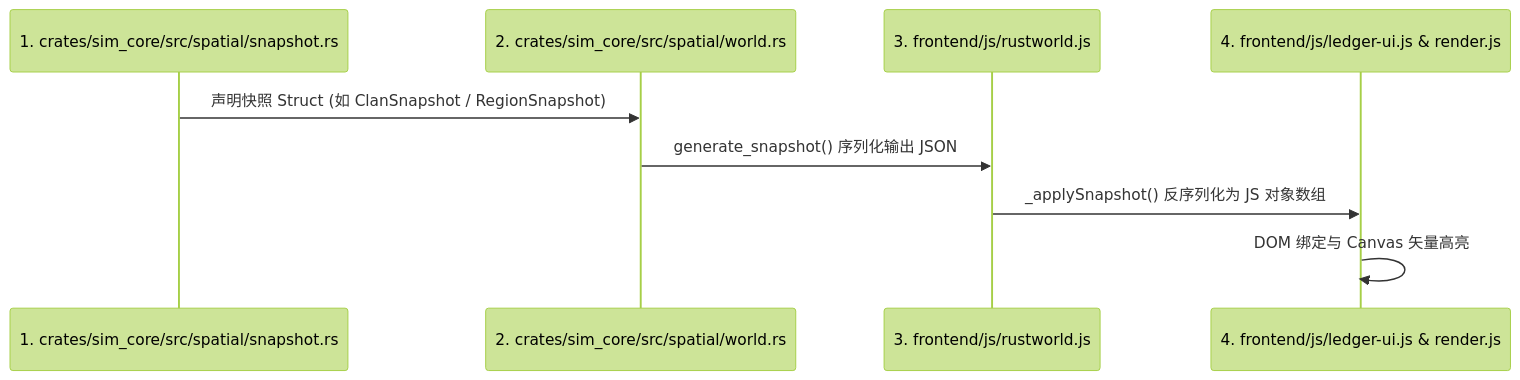
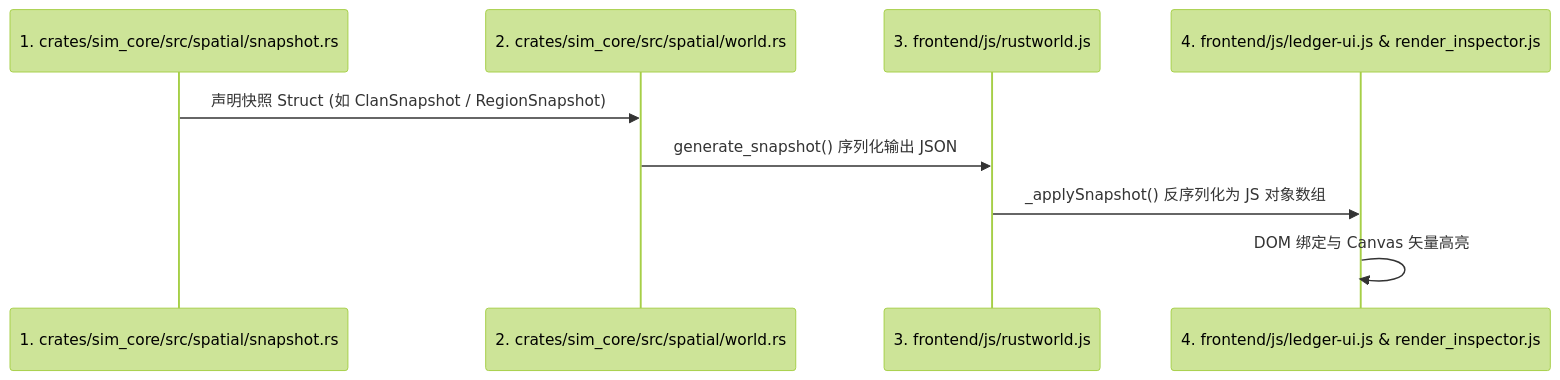
The fifth of 6 diagrams in docs/UI_SPEC_AND_LEDGER_DESIGN.md (g39088902/FlowAndAccord), drawn with Mermaid (forest theme) before and after one commit. The commit also changed other lines of this file and 20 other files, not shown here.

````diff
--- a/docs/UI_SPEC_AND_LEDGER_DESIGN.md
+++ b/docs/UI_SPEC_AND_LEDGER_DESIGN.md
@@ -402,12 +498,12 @@
 ```mermaid
 sequenceDiagram
     participant Rust as 1. crates/sim_core/src/spatial/snapshot.rs
     participant Gen as 2. crates/sim_core/src/spatial/world.rs
     participant Adapt as 3. frontend/js/rustworld.js
-    participant UI as 4. frontend/js/ledger-ui.js & render.js
+    participant UI as 4. frontend/js/ledger-ui.js & render_inspector.js
 
     Rust->>Gen: 声明快照 Struct (如 ClanSnapshot / RegionSnapshot)
     Gen->>Adapt: generate_snapshot() 序列化输出 JSON
     Adapt->>UI: _applySnapshot() 反序列化为 JS 对象数组
     UI->>UI: DOM 绑定与 Canvas 矢量高亮
 ```
````
